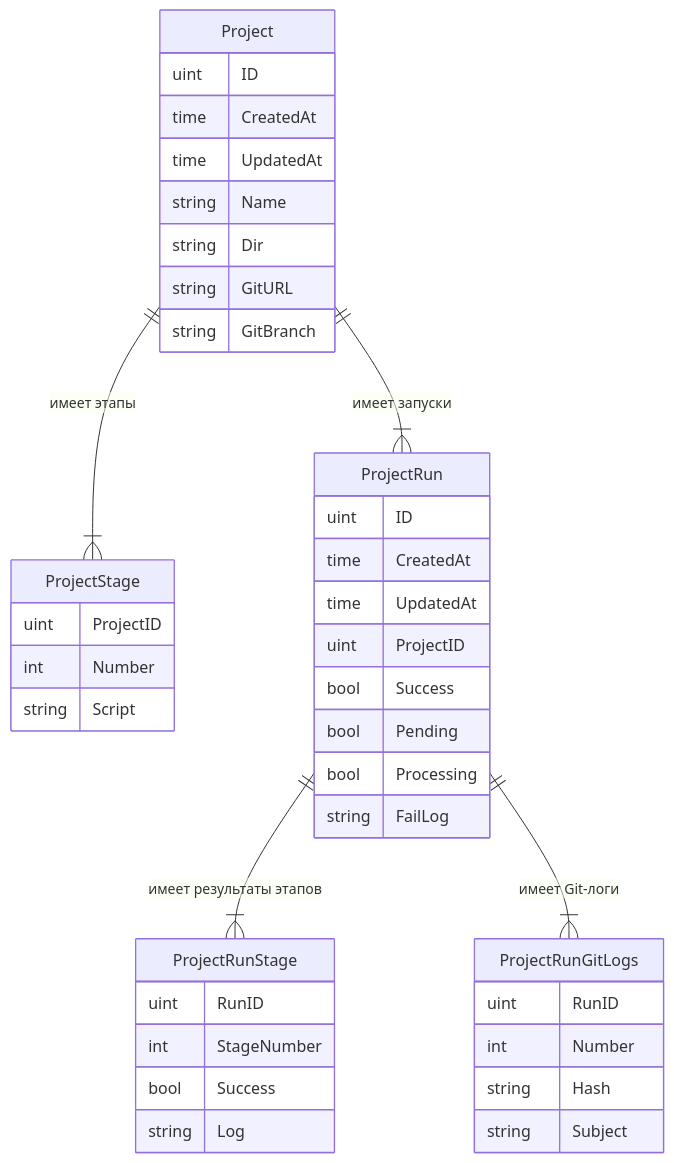
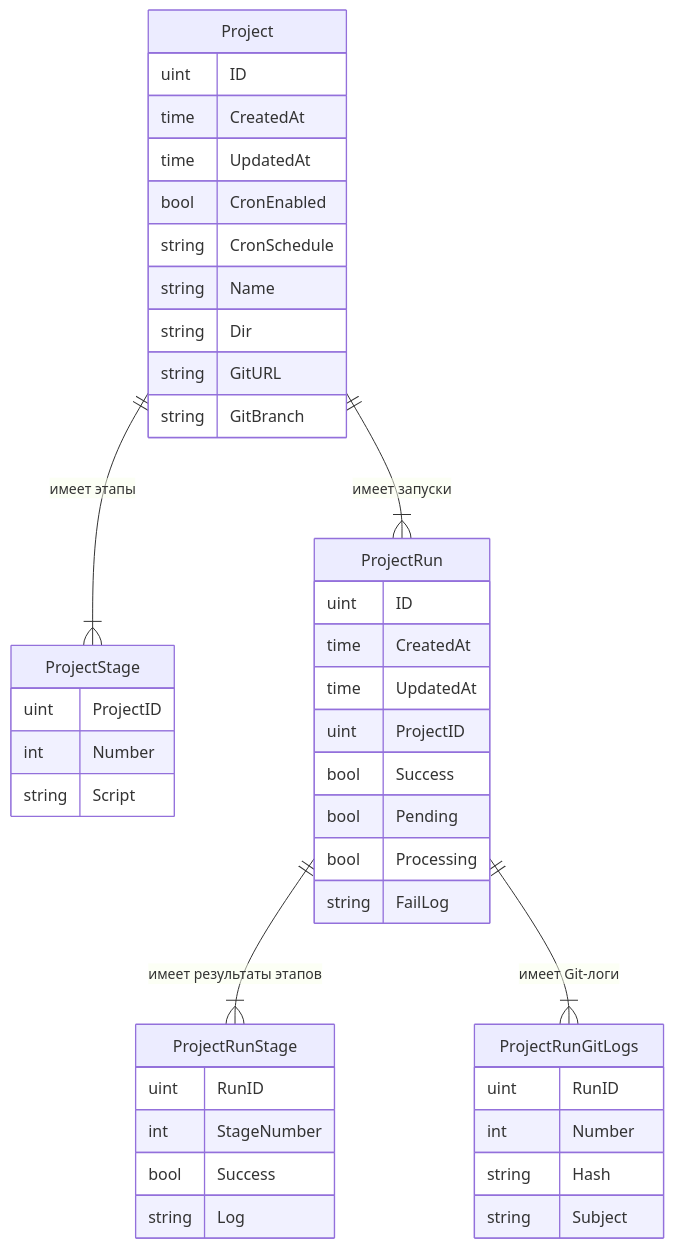
One commit to gbh007/easyjet changed the diagram in docs/business/entity.md. Above: the diagram before and after it, drawn with Mermaid. The commit also changed other lines of this file and 17 other files, not shown here.

````diff
--- a/docs/business/entity.md
+++ b/docs/business/entity.md
@@ -101,48 +103,50 @@
 ```mermaid
 erDiagram
     Project ||--|{ ProjectStage : "имеет этапы"
     Project ||--|{ ProjectRun : "имеет запуски"
     ProjectRun ||--|{ ProjectRunStage : "имеет результаты этапов"
     ProjectRun ||--|{ ProjectRunGitLogs : "имеет Git-логи"
 
     Project {
         uint ID
         time CreatedAt
         time UpdatedAt
+        bool CronEnabled
+        string CronSchedule
         string Name
         string Dir
         string GitURL
         string GitBranch
     }
 
     ProjectStage {
         uint ProjectID
         int Number
         string Script
     }
 
     ProjectRun {
         uint ID
         time CreatedAt
         time UpdatedAt
         uint ProjectID
         bool Success
         bool Pending
         bool Processing
         string FailLog
     }
 
     ProjectRunStage {
         uint RunID
         int StageNumber
         bool Success
         string Log
     }
 
     ProjectRunGitLogs {
         uint RunID
         int Number
         string Hash
         string Subject
     }
 ```
````
